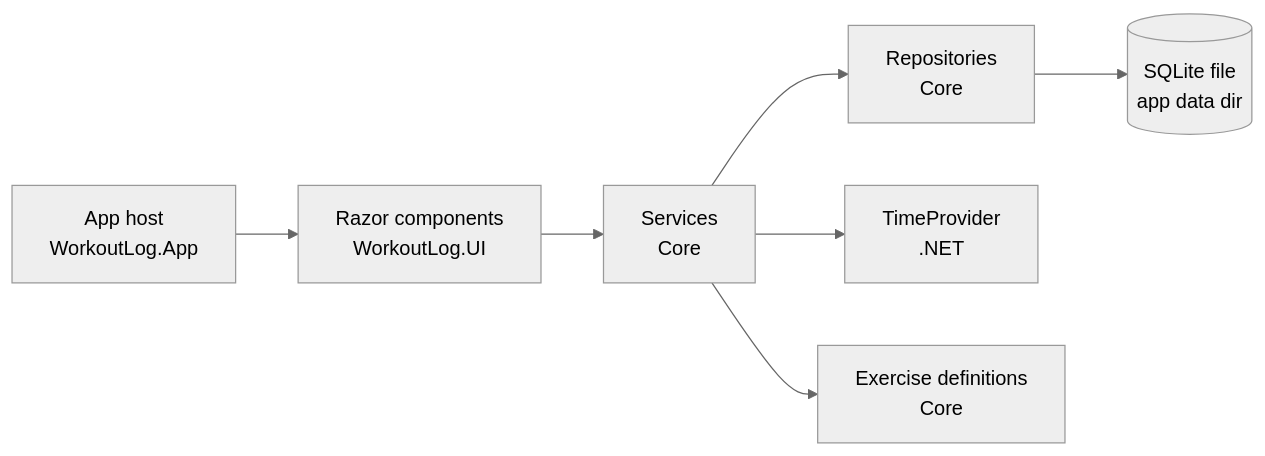
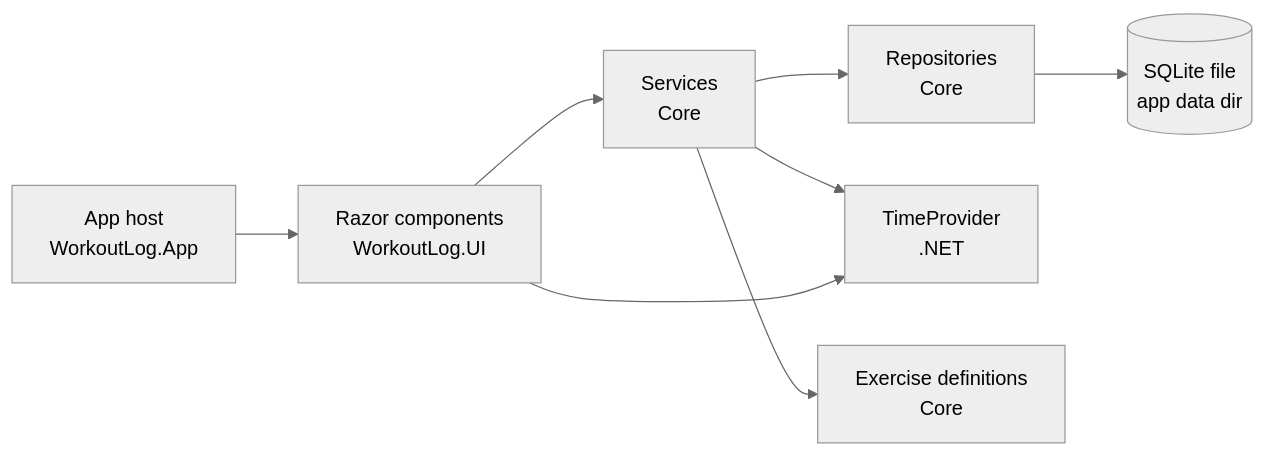
One commit to marty-shields/workout-log-app changed the diagram in docs/05-architecture.md. Above: the diagram before and after it, drawn with Mermaid (neutral theme). The commit also changed other lines of this file and 19 other files, not shown here.

````diff
--- a/docs/05-architecture.md
+++ b/docs/05-architecture.md
@@ -42,9 +42,10 @@
 ```mermaid
 flowchart LR
     A[App host<br/>WorkoutLog.App] --> UI[Razor components<br/>WorkoutLog.UI]
     UI --> S[Services<br/>Core]
     S --> R[Repositories<br/>Core]
     R --> DB[(SQLite file<br/>app data dir)]
     S --> C[TimeProvider<br/>.NET]
+    UI --> C
     S --> X[Exercise definitions<br/>Core]
 ```
````
